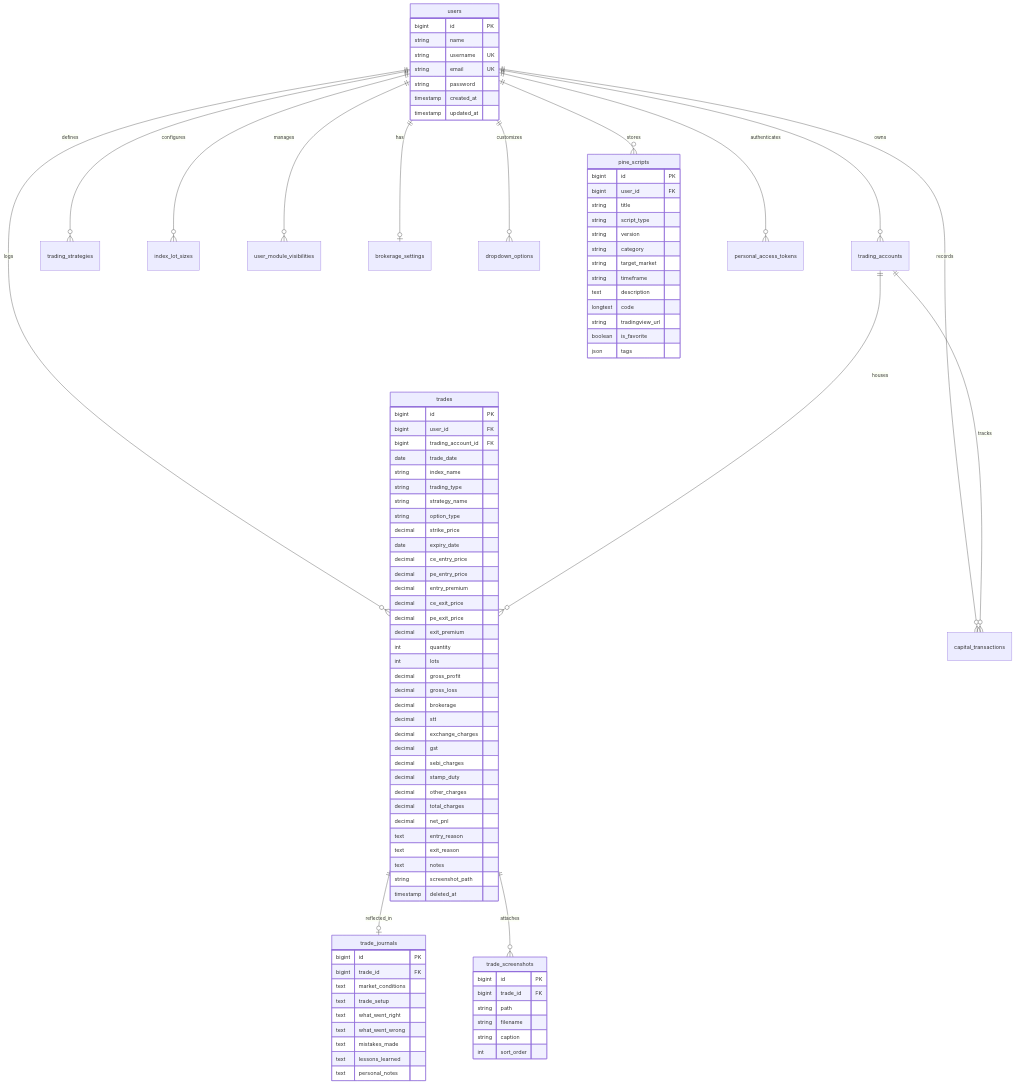
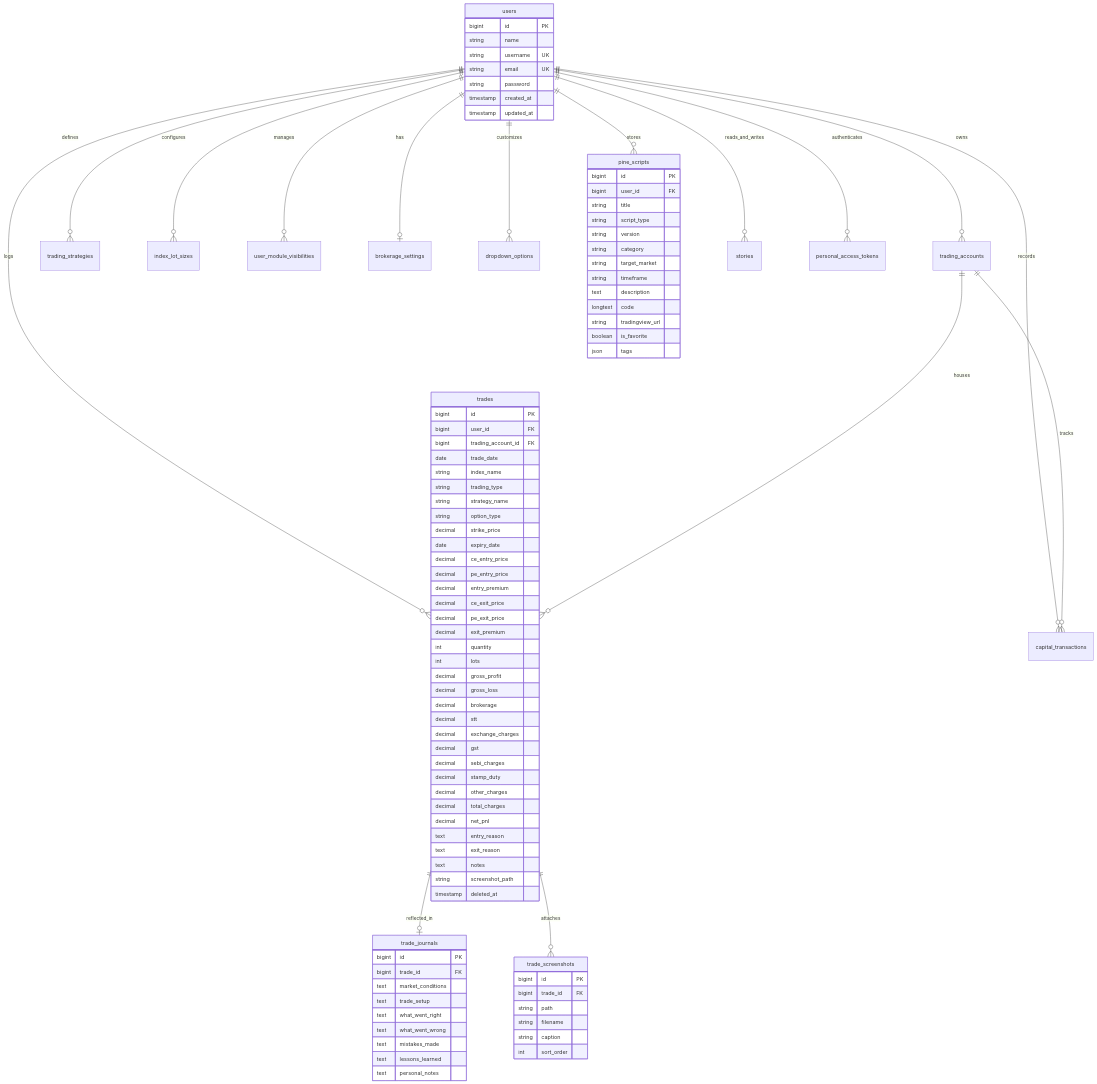
One commit to Dvs149/option_journal changed the diagram in DATABASE_SCHEMA.md. Above: the diagram before and after it, drawn with Mermaid. The commit also changed other lines of this file and 20 other files, not shown here.

```diff
--- a/DATABASE_SCHEMA.md
+++ b/DATABASE_SCHEMA.md
@@ -23,6 +23,7 @@
     users ||--o| brokerage_settings : "has"
     users ||--o{ dropdown_options : "customizes"
     users ||--o{ pine_scripts : "stores"
+    users ||--o{ stories : "reads_and_writes"
     users ||--o{ personal_access_tokens : "authenticates"
 
     trading_accounts ||--o{ trades : "houses"
```
